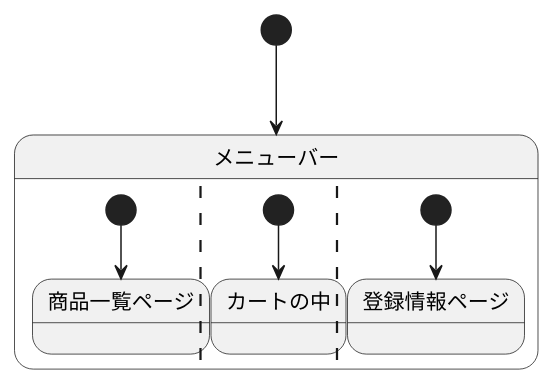
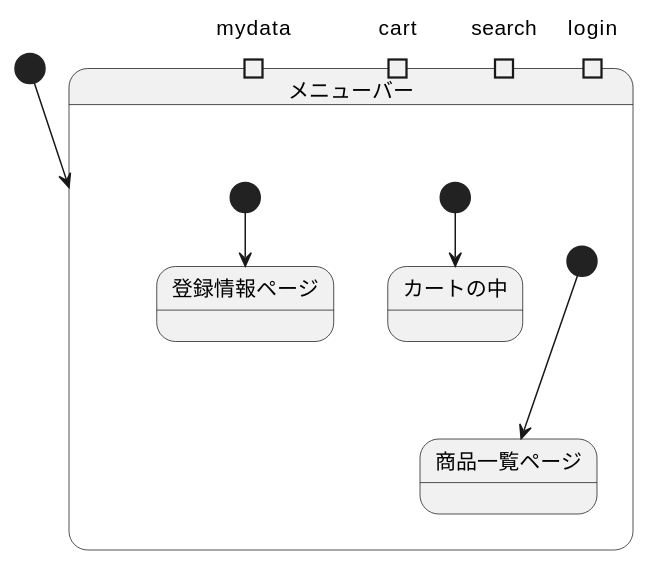
Before and after one commit to Aso2001385/2021sys-design: the diagram in sample/StateMachine.md, drawn with PlantUML.

````diff
--- a/sample/StateMachine.md
+++ b/sample/StateMachine.md
@@ -1,18 +1,22 @@
 ```uml
 @startuml
 
 [*] --> メニューバー
 state メニューバー {
+ state login <<inputPin>>
+ state search <<inputPin>>
+ state cart <<inputPin>>
+ state mydata <<inputPin>>
  [*] --> 商品一覧ページ
  ||
  [*] --> カートの中 
  ||
  [*] --> 登録情報ページ
 }
 
 
 
 
 
 @enduml
 ```
````
